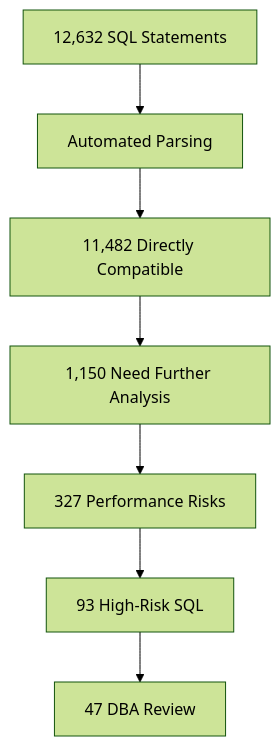
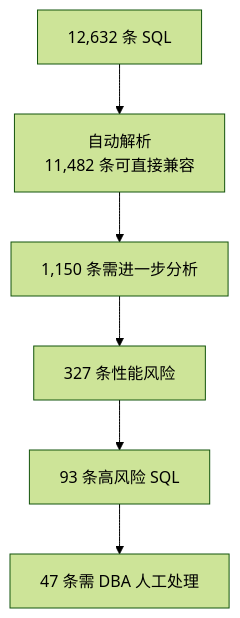
One commit to PawSQL/pawsql-docs-mantlify changed the second of 3 diagrams in docs/use-cases/database-migration-sql-governance.mdx. Above: the diagram before and after it, drawn with Mermaid (forest theme). The commit also changed other lines of this file and 82 other files, not shown here.

````diff
--- a/docs/use-cases/database-migration-sql-governance.mdx
+++ b/docs/use-cases/database-migration-sql-governance.mdx
@@ -912,6 +95,6 @@
 ```mermaid
 flowchart TD
-    A[12,632 SQL Statements] --> B[Automated Parsing] --> C[11,482 Directly Compatible]
-    C --> D[1,150 Need Further Analysis] --> E[327 Performance Risks]
-    E --> F[93 High-Risk SQL] --> G[47 DBA Review]
+    A["12,632 条 SQL"] --> B["自动解析<br/>11,482 条可直接兼容"]
+    B --> C["1,150 条需进一步分析"] --> D["327 条性能风险"]
+    D --> E["93 条高风险 SQL"] --> F["47 条需 DBA 人工处理"]
 ```
````
